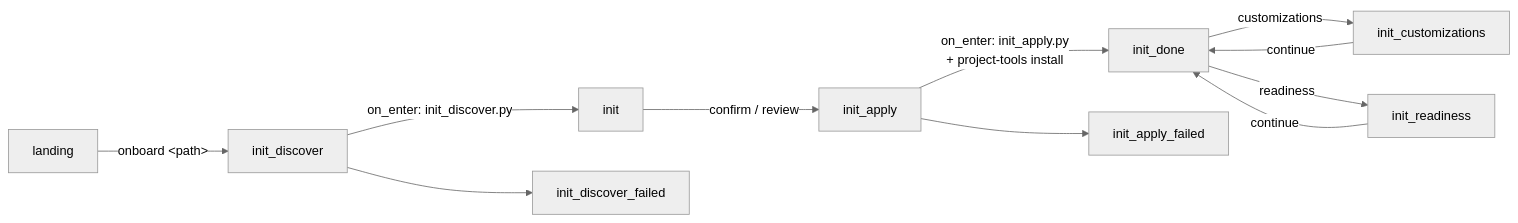
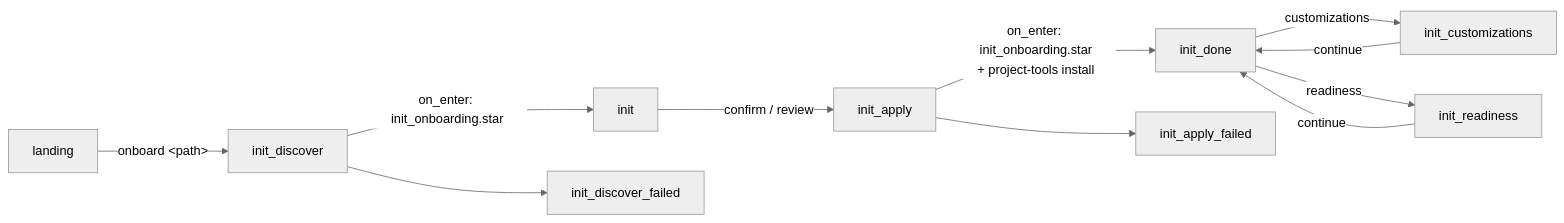
The first of 2 diagrams in docs/stories/dev-story-onboarding.md (bsacrobatix/Kitsoki), drawn with Mermaid (neutral theme) before and after one commit. The commit also changed other lines of this file and 31 other files, not shown here.

````diff
--- a/docs/stories/dev-story-onboarding.md
+++ b/docs/stories/dev-story-onboarding.md
@@ -18,13 +19,13 @@
 ```mermaid
 flowchart LR
     landing -->|"onboard &lt;path&gt;"| init_discover
-    init_discover -->|"on_enter: init_discover.py"| init
+    init_discover -->|"on_enter: init_onboarding.star"| init
     init_discover --> init_discover_failed
     init -->|"confirm / review"| init_apply
-    init_apply -->|"on_enter: init_apply.py<br/>+ project-tools install"| init_done
+    init_apply -->|"on_enter: init_onboarding.star<br/>+ project-tools install"| init_done
     init_done -->|"customizations"| init_customizations
     init_customizations -->|"continue"| init_done
     init_done -->|"readiness"| init_readiness
     init_readiness -->|"continue"| init_done
     init_apply --> init_apply_failed
 ```
````
